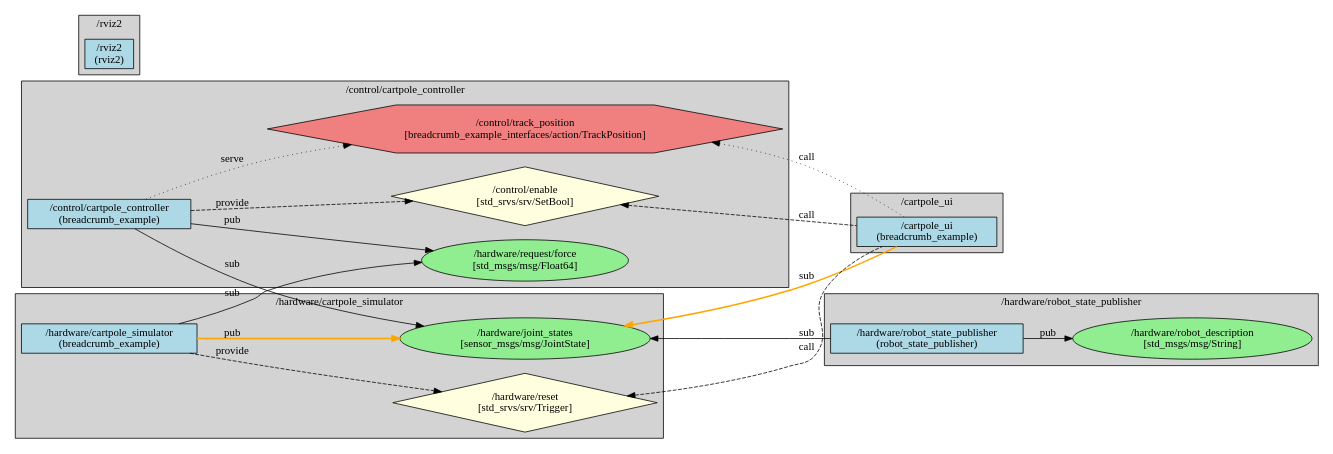
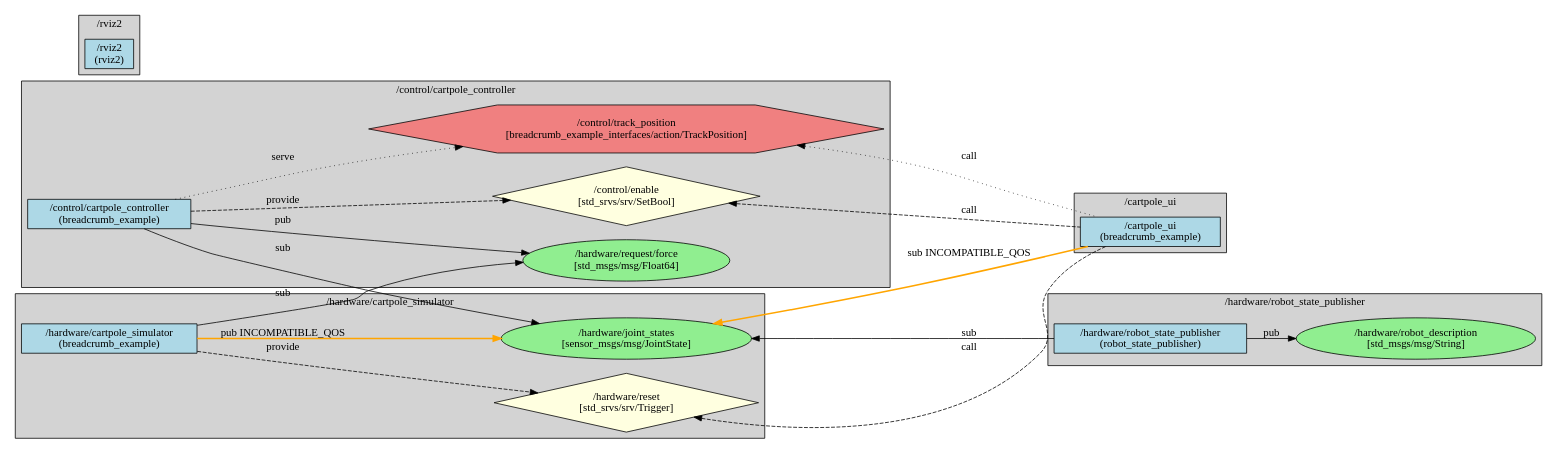
Before and after one commit to greenforge-labs/breadcrumb: the diagram in breadcrumb_example/ros_graphs/graph_full_system.dot, drawn with Graphviz. The commit also changed 7 other files, not shown here.

Commit message:
add cli warnings and INCOMPATIBILE_QOS lable on dot graph

```diff
--- a/breadcrumb_example/ros_graphs/graph_full_system.dot
+++ b/breadcrumb_example/ros_graphs/graph_full_system.dot
@@ -1,69 +1,69 @@
 digraph ROS2Graph {
   rankdir=LR;
   node [shape=box];
 
   subgraph cluster__cartpole_ui {
     label="/cartpole_ui";
     style=filled;
     fillcolor=lightgrey;
 
     "/cartpole_ui" [label="/cartpole_ui\n(breadcrumb_example)", style=filled, fillcolor=lightblue];
   }
 
   subgraph cluster__control_cartpole_controller {
     label="/control/cartpole_controller";
     style=filled;
     fillcolor=lightgrey;
 
     "/control/cartpole_controller" [label="/control/cartpole_controller\n(breadcrumb_example)", style=filled, fillcolor=lightblue];
     "/hardware/request/force" [label="/hardware/request/force\n[std_msgs/msg/Float64]", shape=ellipse, style=filled, fillcolor=lightgreen];
     "/control/enable" [label="/control/enable\n[std_srvs/srv/SetBool]", shape=diamond, style=filled, fillcolor=lightyellow];
     "/control/track_position" [label="/control/track_position\n[breadcrumb_example_interfaces/action/TrackPosition]", shape=hexagon, style=filled, fillcolor=lightcoral];
   }
 
   subgraph cluster__hardware_robot_state_publisher {
     label="/hardware/robot_state_publisher";
     style=filled;
     fillcolor=lightgrey;
 
     "/hardware/robot_state_publisher" [label="/hardware/robot_state_publisher\n(robot_state_publisher)", style=filled, fillcolor=lightblue];
     "/hardware/robot_description" [label="/hardware/robot_description\n[std_msgs/msg/String]", shape=ellipse, style=filled, fillcolor=lightgreen];
   }
 
   subgraph cluster__hardware_cartpole_simulator {
     label="/hardware/cartpole_simulator";
     style=filled;
     fillcolor=lightgrey;
 
     "/hardware/cartpole_simulator" [label="/hardware/cartpole_simulator\n(breadcrumb_example)", style=filled, fillcolor=lightblue];
     "/hardware/joint_states" [label="/hardware/joint_states\n[sensor_msgs/msg/JointState]", shape=ellipse, style=filled, fillcolor=lightgreen];
     "/hardware/reset" [label="/hardware/reset\n[std_srvs/srv/Trigger]", shape=diamond, style=filled, fillcolor=lightyellow];
   }
 
   subgraph cluster__rviz2 {
     label="/rviz2";
     style=filled;
     fillcolor=lightgrey;
 
     "/rviz2" [label="/rviz2\n(rviz2)", style=filled, fillcolor=lightblue];
   }
 
   // Topic Edges
-  "/hardware/cartpole_simulator" -> "/hardware/joint_states" [label="pub", color=orange, style=bold];
-  "/hardware/joint_states" -> "/cartpole_ui" [label="sub", dir=back, color=orange, style=bold];
+  "/hardware/cartpole_simulator" -> "/hardware/joint_states" [label="pub INCOMPATIBLE_QOS", color=orange, style=bold];
+  "/hardware/joint_states" -> "/cartpole_ui" [label="sub INCOMPATIBLE_QOS", dir=back, color=orange, style=bold];
   "/hardware/joint_states" -> "/control/cartpole_controller" [label="sub", dir=back];
   "/hardware/joint_states" -> "/hardware/robot_state_publisher" [label="sub", dir=back];
   "/control/cartpole_controller" -> "/hardware/request/force" [label="pub"];
   "/hardware/request/force" -> "/hardware/cartpole_simulator" [label="sub", dir=back];
   "/hardware/robot_state_publisher" -> "/hardware/robot_description" [label="pub"];
 
   // Service Edges
   "/control/cartpole_controller" -> "/control/enable" [label="provide", style=dashed];
   "/control/enable" -> "/cartpole_ui" [label="call", style=dashed, dir=back];
   "/hardware/cartpole_simulator" -> "/hardware/reset" [label="provide", style=dashed];
   "/hardware/reset" -> "/cartpole_ui" [label="call", style=dashed, dir=back];
 
   // Action Edges
   "/control/cartpole_controller" -> "/control/track_position" [label="serve", style=dotted];
   "/control/track_position" -> "/cartpole_ui" [label="call", style=dotted, dir=back];
 }
```
